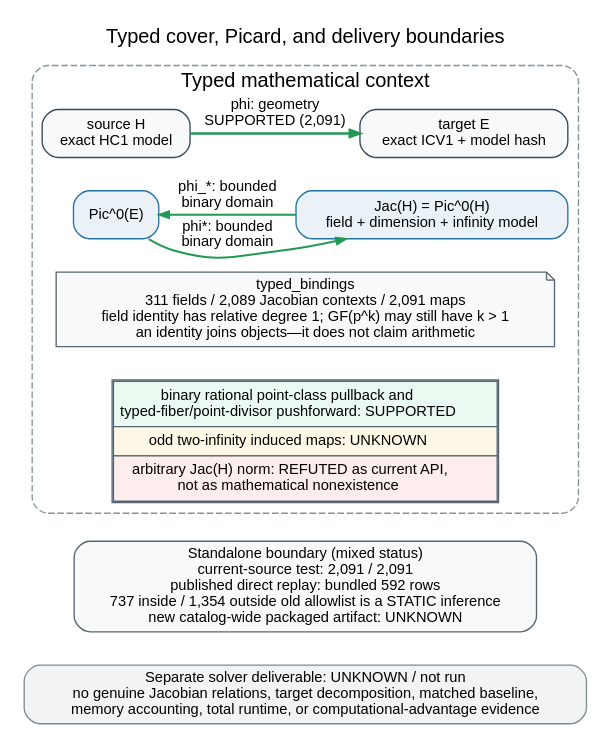
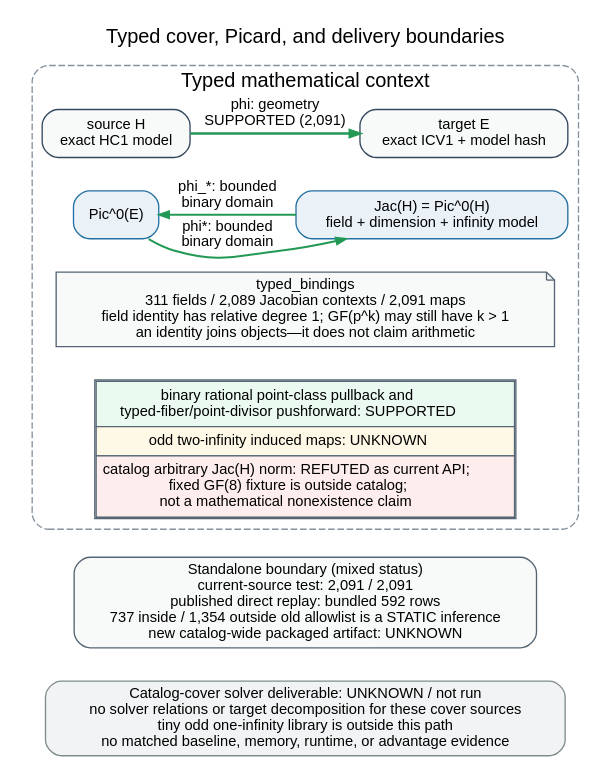
One commit to aburan28/crypto changed the diagram in research/cover_transfer_assessment_20261013/typed_transfer_context.dot. Above: the diagram before and after it, drawn with Graphviz. The commit also changed 99 other files, not shown here.

```diff
--- a/research/cover_transfer_assessment_20261013/typed_transfer_context.dot
+++ b/research/cover_transfer_assessment_20261013/typed_transfer_context.dot
@@ -1,69 +1,69 @@
 digraph typed_transfer_context {
   graph [
     rankdir=TB,
     bgcolor="white",
     pad="0.12",
     nodesep="0.25",
     ranksep="0.34",
     fontname="Helvetica",
     fontsize=15,
     newrank=true,
     labelloc="t",
     label="Typed cover, Picard, and delivery boundaries"
   ];
   node [shape=box, style="rounded,filled", fillcolor="white", color="#34495e", fontname="Helvetica", fontsize=11];
   edge [fontname="Helvetica", fontsize=11, color="#34495e", arrowsize=0.72];
 
   subgraph cluster_context {
     label="Typed mathematical context";
     color="#85929e";
     style="rounded,dashed";
 
     source_h [label="source H\nexact HC1 model", fillcolor="#f8f9f9"];
     target_e [label="target E\nexact ICV1 + model hash", fillcolor="#f8f9f9"];
     pic_e [label="Pic^0(E)", fillcolor="#eaf2f8", color="#2471a3"];
     jac_h [label="Jac(H) = Pic^0(H)\nfield + dimension + infinity model", fillcolor="#eaf2f8", color="#2471a3"];
 
     binding_note [
       label="typed_bindings\n311 fields / 2,089 Jacobian contexts / 2,091 maps\nfield identity has relative degree 1; GF(p^k) may still have k > 1\nan identity joins objects—it does not claim arithmetic",
       shape=note,
       fillcolor="#f8f9f9",
       color="#566573"
     ];
     transfer_limits [
       shape=plain,
       label=<
         <TABLE BORDER="1" CELLBORDER="1" CELLSPACING="0" CELLPADDING="4" COLOR="#566573">
           <TR><TD BGCOLOR="#eafaf1">binary rational point-class pullback and<BR/>typed-fiber/point-divisor pushforward: SUPPORTED</TD></TR>
           <TR><TD BGCOLOR="#fef9e7">odd two-infinity induced maps: UNKNOWN</TD></TR>
-          <TR><TD BGCOLOR="#fdedec">arbitrary Jac(H) norm: REFUTED as current API,<BR/>not as mathematical nonexistence</TD></TR>
+          <TR><TD BGCOLOR="#fdedec">catalog arbitrary Jac(H) norm: REFUTED as current API;<BR/>fixed GF(8) fixture is outside catalog;<BR/>not a mathematical nonexistence claim</TD></TR>
         </TABLE>
       >
     ];
 
     { rank=same; source_h; target_e; }
     { rank=same; pic_e; jac_h; }
     source_h -> target_e [label="phi: geometry\nSUPPORTED (2,091)", color="#229954", penwidth=2];
     pic_e -> jac_h [label="phi*: bounded\nbinary domain", color="#229954", penwidth=1.5];
     jac_h -> pic_e [label="phi_*: bounded\nbinary domain", color="#229954", penwidth=1.5, constraint=false];
     source_h -> pic_e [style="invis", weight=50];
     target_e -> jac_h [style="invis", weight=50];
     pic_e -> binding_note [style="invis", weight=40];
     jac_h -> binding_note [style="invis", weight=40];
     binding_note -> transfer_limits [style="invis", weight=40];
   }
 
   package [
     label="Standalone boundary (mixed status)\ncurrent-source test: 2,091 / 2,091\npublished direct replay: bundled 592 rows\n737 inside / 1,354 outside old allowlist is a STATIC inference\nnew catalog-wide packaged artifact: UNKNOWN",
     fillcolor="#f8f9f9",
     color="#566573"
   ];
   solver [
-    label="Separate solver deliverable: UNKNOWN / not run\nno genuine Jacobian relations, target decomposition, matched baseline,\nmemory accounting, total runtime, or computational-advantage evidence",
+    label="Catalog-cover solver deliverable: UNKNOWN / not run\nno solver relations or target decomposition for these cover sources\ntiny odd one-infinity library is outside this path\nno matched baseline, memory, runtime, or advantage evidence",
     fillcolor="#f2f3f4",
     color="#7f8c8d"
   ];
 
   transfer_limits -> package [style="invis", weight=80];
   package -> solver [style="invis", weight=80];
 }
```
